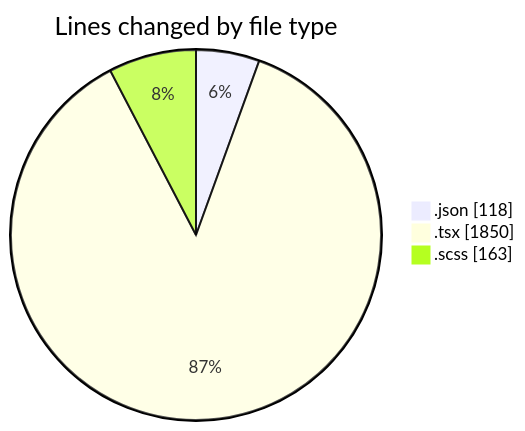
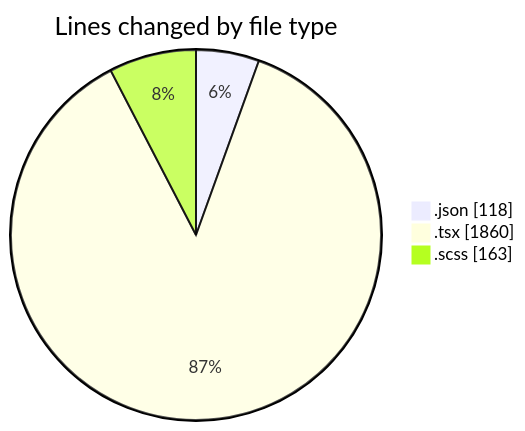
The first of 2 diagrams in 2025-11-19/cda/README.md (momahboobian/code-tracking), drawn with Mermaid before and after one commit. The commit also changed other lines of this file and 1 other file, not shown here.

````diff
--- a/2025-11-19/cda/README.md
+++ b/2025-11-19/cda/README.md
@@ -23,7 +23,7 @@
 ```mermaid
 pie showData
 title Lines changed by file type
 ".json" : 118
-".tsx" : 1850
+".tsx" : 1860
 ".scss" : 163
 ```
````
